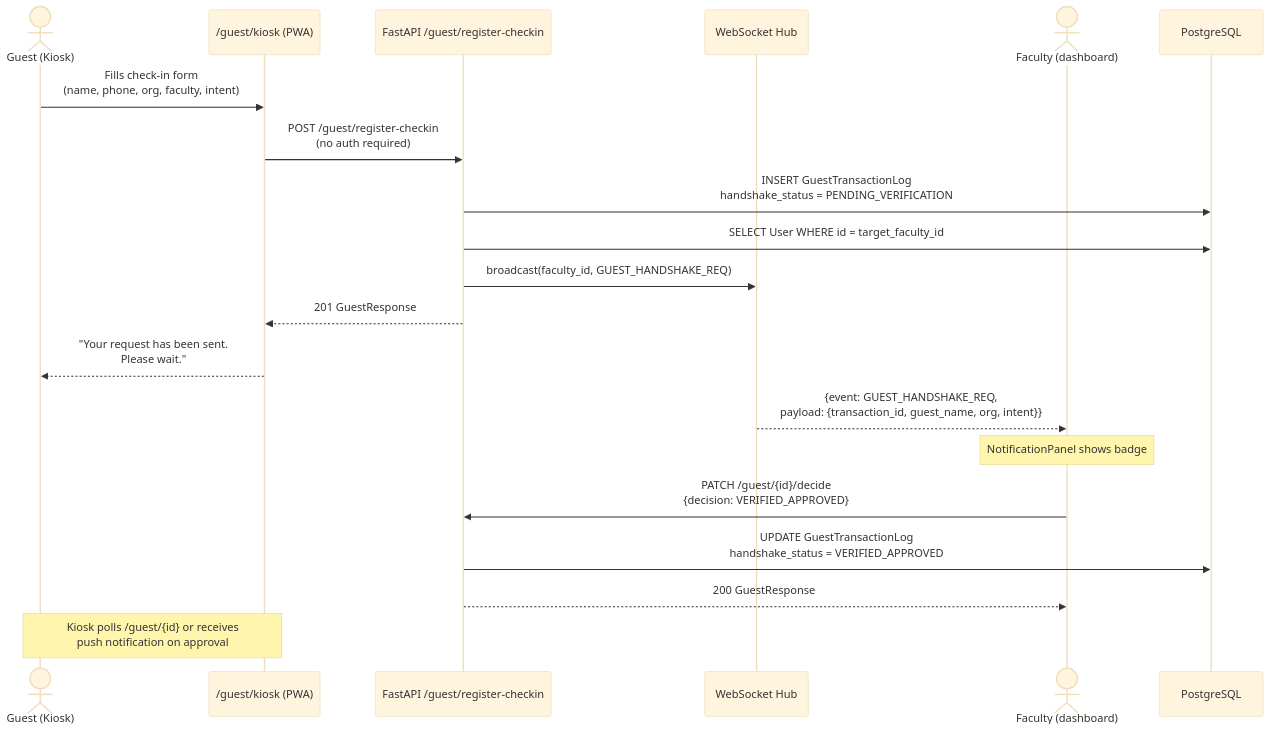
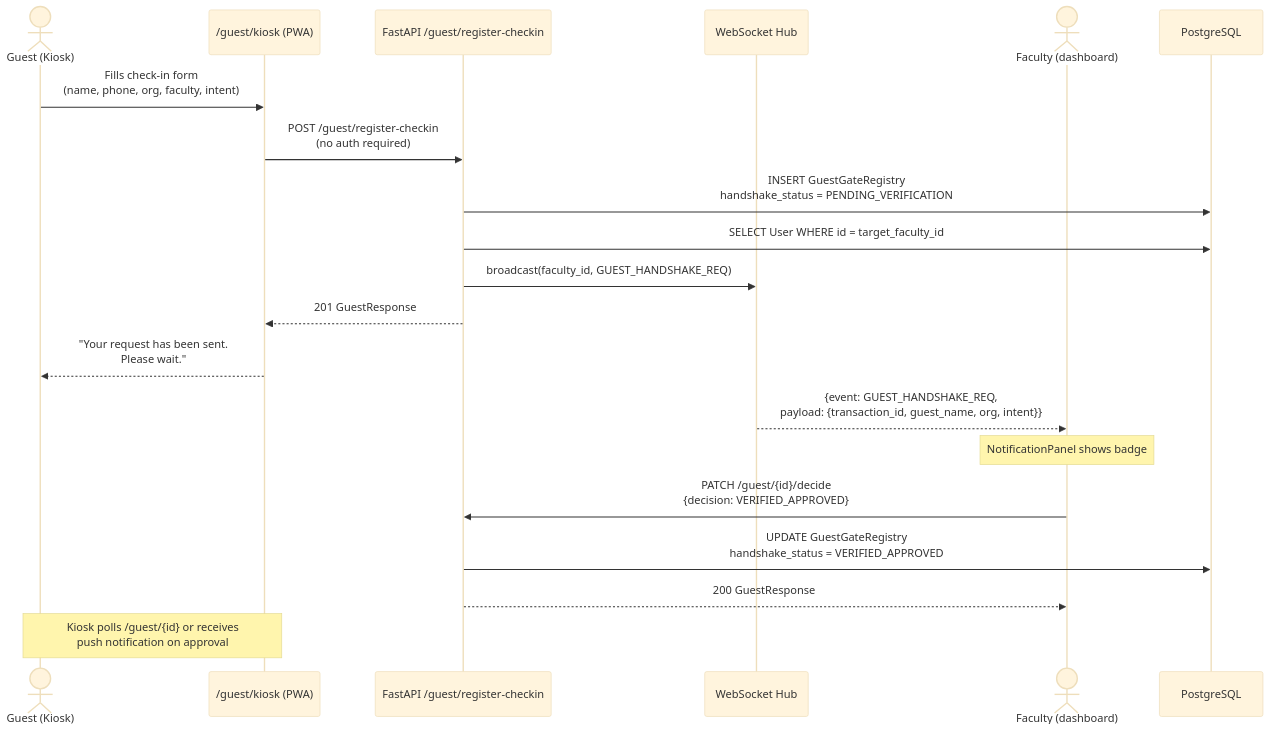
The third of 4 diagrams in docs/flows.md (Life-Experimentalist/Chronos-Ledger), drawn with Mermaid (base theme) before and after one commit. The commit also changed other lines of this file and 3 other files, not shown here.

````diff
--- a/docs/flows.md
+++ b/docs/flows.md
@@ -101,26 +101,26 @@
 ```mermaid
 sequenceDiagram
     actor G as Guest (Kiosk)
     participant KI as /guest/kiosk (PWA)
     participant API as FastAPI /guest/register-checkin
     participant WS as WebSocket Hub
     actor Fac as Faculty (dashboard)
     participant DB as PostgreSQL
 
     G->>KI: Fills check-in form<br/>(name, phone, org, faculty, intent)
     KI->>API: POST /guest/register-checkin<br/>(no auth required)
-    API->>DB: INSERT GuestTransactionLog<br/>handshake_status = PENDING_VERIFICATION
+    API->>DB: INSERT GuestGateRegistry<br/>handshake_status = PENDING_VERIFICATION
     API->>DB: SELECT User WHERE id = target_faculty_id
     API->>WS: broadcast(faculty_id, GUEST_HANDSHAKE_REQ)
     API-->>KI: 201 GuestResponse
     KI-->>G: "Your request has been sent.<br/>Please wait."
 
     WS-->>Fac: {event: GUEST_HANDSHAKE_REQ,<br/>payload: {transaction_id, guest_name, org, intent}}
     Note over Fac: NotificationPanel shows badge
 
     Fac->>API: PATCH /guest/{id}/decide<br/>{decision: VERIFIED_APPROVED}
-    API->>DB: UPDATE GuestTransactionLog<br/>handshake_status = VERIFIED_APPROVED
+    API->>DB: UPDATE GuestGateRegistry<br/>handshake_status = VERIFIED_APPROVED
     API-->>Fac: 200 GuestResponse
 
     Note over KI,G: Kiosk polls /guest/{id} or receives<br/>push notification on approval
 ```
````
